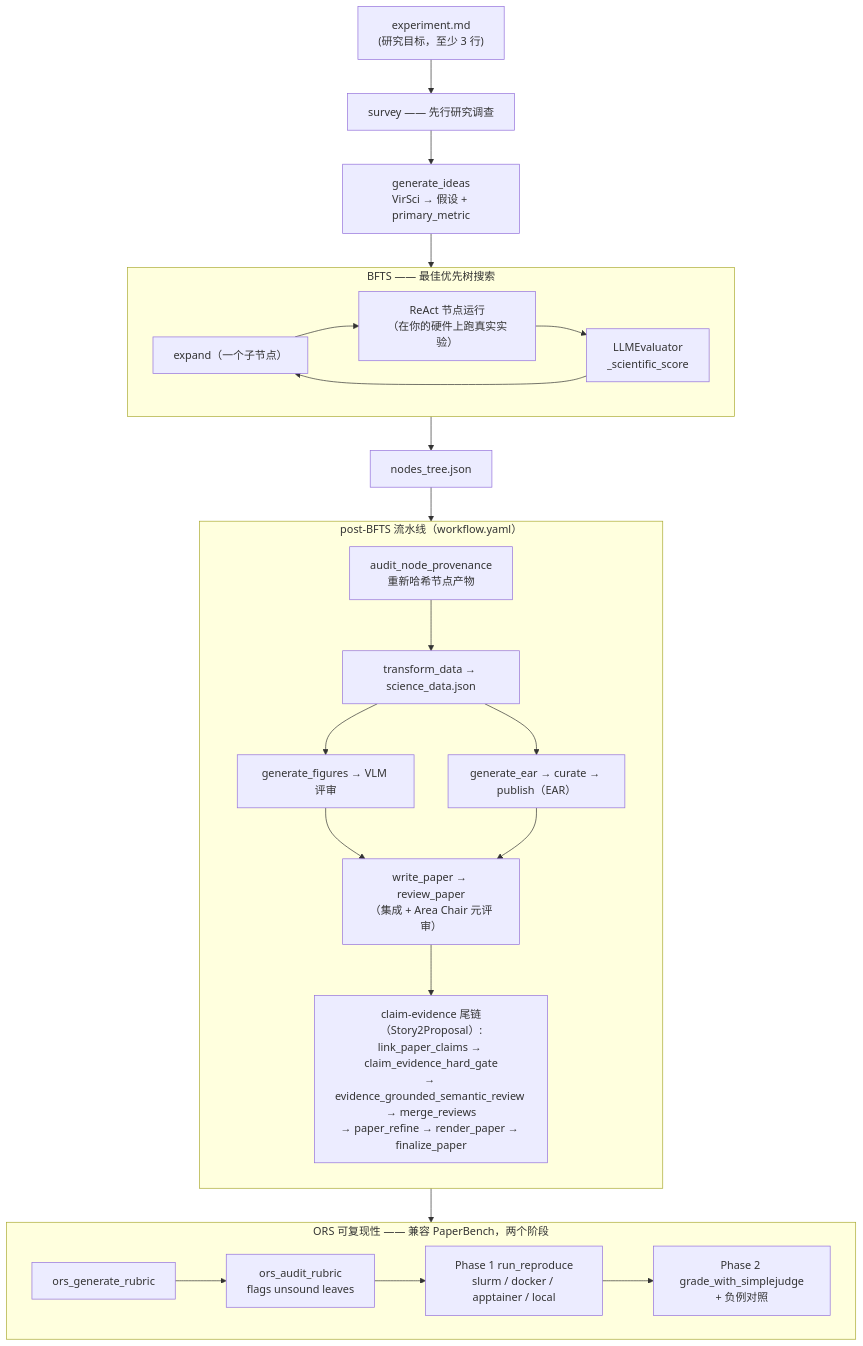
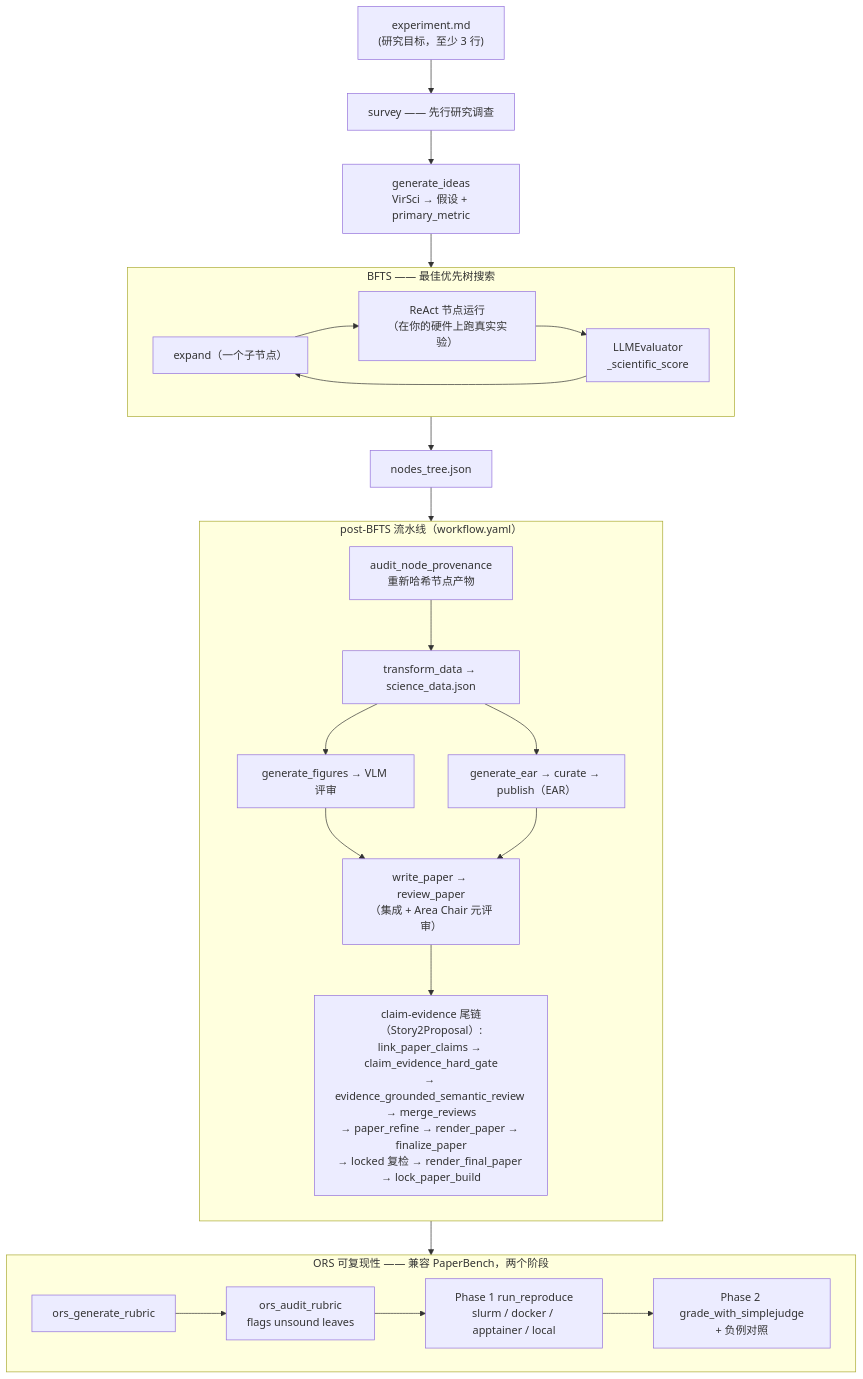
One commit to kotama7/ARI changed the diagram in docs/zh/concepts/architecture.md. Above: the diagram before and after it, drawn with Mermaid. The commit also changed other lines of this file and 123 other files, not shown here.

````diff
--- a/docs/zh/concepts/architecture.md
+++ b/docs/zh/concepts/architecture.md
@@ -62,43 +62,43 @@
 ```mermaid
 flowchart TB
     exp["experiment.md<br/>(研究目标，至少 3 行)"]
     exp --> survey["survey —— 先行研究调查"]
     survey --> ideas["generate_ideas<br/>VirSci → 假设 + primary_metric"]
     ideas --> bfts
 
     subgraph bfts["BFTS —— 最佳优先树搜索"]
         direction LR
         expand["expand（一个子节点）"] --> run["ReAct 节点运行<br/>（在你的硬件上跑真实实验）"]
         run --> eval["LLMEvaluator<br/>_scientific_score"]
         eval --> expand
     end
 
     bfts --> tree["nodes_tree.json"]
 
     subgraph post["post-BFTS 流水线（workflow.yaml）"]
         direction TB
         provenance["audit_node_provenance<br/>重新哈希节点产物"]
         transform["transform_data → science_data.json"]
         figures["generate_figures → VLM 评审"]
         paper["write_paper → review_paper<br/>（集成 + Area Chair 元评审）"]
-        claimtail["claim-evidence 尾链（Story2Proposal）:<br/>link_paper_claims → claim_evidence_hard_gate<br/>→ evidence_grounded_semantic_review → merge_reviews<br/>→ paper_refine → render_paper → finalize_paper"]
+        claimtail["claim-evidence 尾链（Story2Proposal）:<br/>link_paper_claims → claim_evidence_hard_gate<br/>→ evidence_grounded_semantic_review → merge_reviews<br/>→ paper_refine → render_paper → finalize_paper<br/>→ locked 复检 → render_final_paper → lock_paper_build"]
         ear["generate_ear → curate → publish（EAR）"]
         provenance --> transform
         transform --> figures
         transform --> ear
         figures --> paper
         ear --> paper
         paper --> claimtail
     end
 
     tree --> post
 
     subgraph ors["ORS 可复现性 —— 兼容 PaperBench，两个阶段"]
         direction LR
         rubric["ors_generate_rubric"] --> audit["ors_audit_rubric<br/>flags unsound leaves"]
         audit --> p1["Phase 1 run_reproduce<br/>slurm / docker / apptainer / local"]
         p1 --> p2["Phase 2 grade_with_simplejudge<br/>+ 负例对照"]
     end
 
     post --> ors
 ```
````
